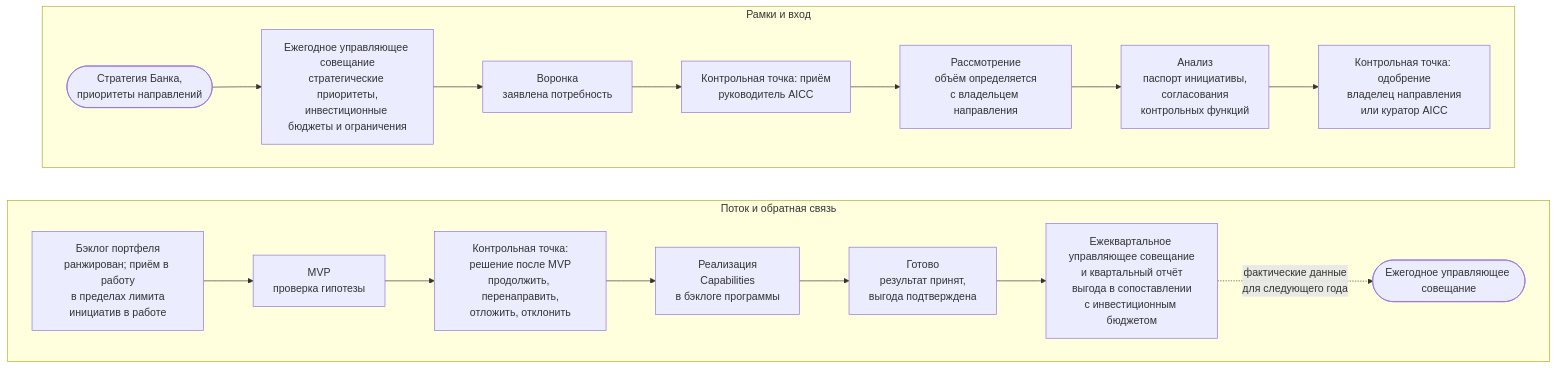
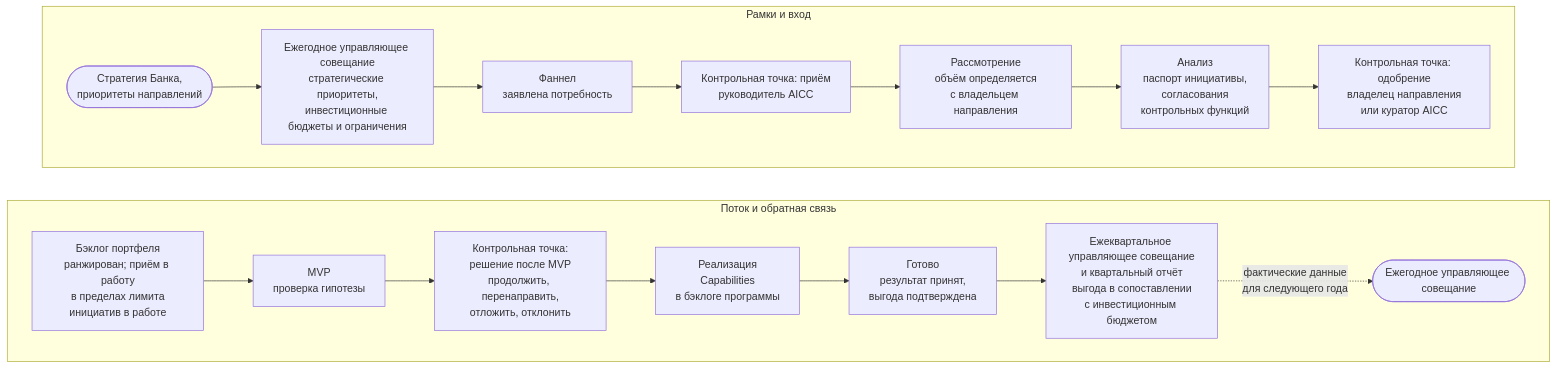
One commit to devhogu/ob-aicc changed the diagram in portal/content/ru/portfolio/overview.md. Above: the diagram before and after it, drawn with Mermaid. The commit also changed 96 other files, not shown here.

First line of the commit message:
Russian edition: the portfolio Funnel is «фаннел», not «воронка»

````diff
--- a/portal/content/ru/portfolio/overview.md
+++ b/portal/content/ru/portfolio/overview.md
@@ -15,22 +15,22 @@
 ```mermaid
 flowchart TB
   subgraph ROW1["Рамки и вход"]
     direction LR
     S(["Стратегия Банка,<br/>приоритеты направлений"]) --> Y["Ежегодное управляющее совещание<br/>стратегические приоритеты,<br/>инвестиционные бюджеты и ограничения"]
-    Y --> F["Воронка<br/>заявлена потребность"]
+    Y --> F["Фаннел<br/>заявлена потребность"]
     F --> G1["Контрольная точка: приём<br/>руководитель AICC"]
     G1 --> R["Рассмотрение<br/>объём определяется<br/>с владельцем направления"]
     R --> AN["Анализ<br/>паспорт инициативы,<br/>согласования<br/>контрольных функций"]
     AN --> G2["Контрольная точка: одобрение<br/>владелец направления<br/>или куратор AICC"]
   end
   subgraph ROW2["Поток и обратная связь"]
     direction LR
     PB["Бэклог портфеля<br/>ранжирован; приём в работу<br/>в пределах лимита<br/>инициатив в работе"] --> MV["MVP<br/>проверка гипотезы"]
     MV --> G3["Контрольная точка:<br/>решение после MVP<br/>продолжить, перенаправить,<br/>отложить, отклонить"]
     G3 --> IM["Реализация<br/>Capabilities<br/>в бэклоге программы"]
     IM --> DN["Готово<br/>результат принят,<br/>выгода подтверждена"]
     DN --> Q["Ежеквартальное управляющее совещание<br/>и квартальный отчёт<br/>выгода в сопоставлении<br/>с инвестиционным бюджетом"]
     Q -.->|"фактические данные<br/>для следующего года"| Y2(["Ежегодное управляющее совещание"])
   end
   ROW1 ~~~ ROW2
 ```
````
